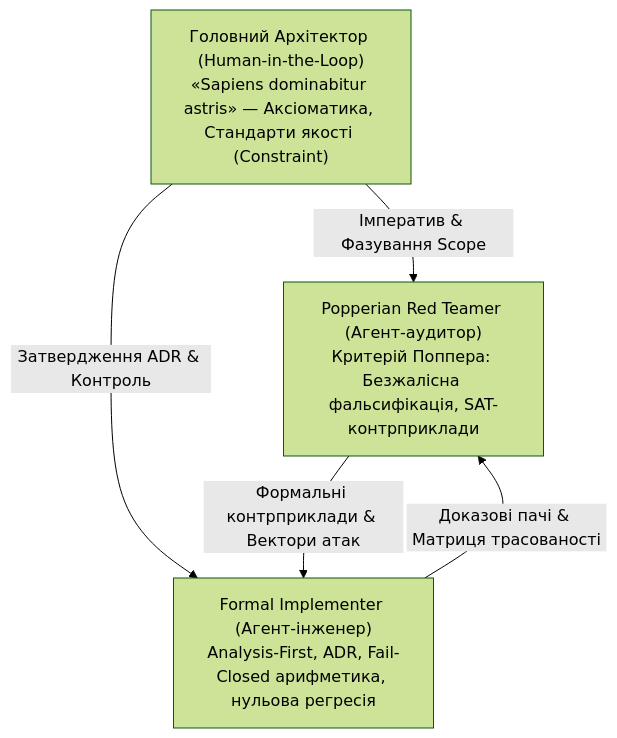
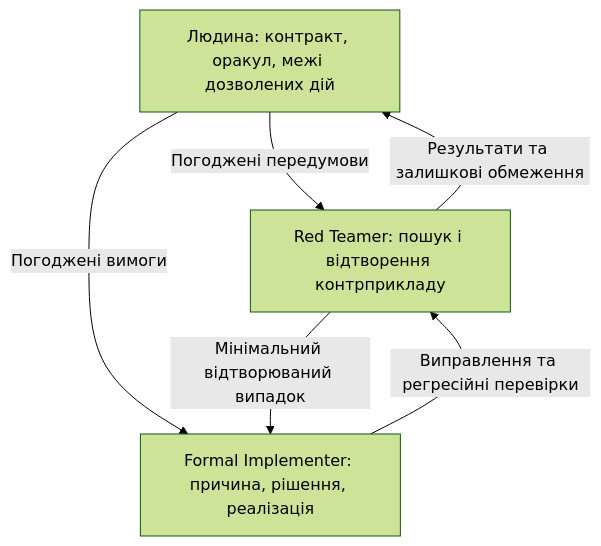
One commit to nick-fedchik/articles changed the seventh of 7 diagrams in ExpertSystem/ch39-active-compliance-auditor-and-popperian-testing.md. Above: the diagram before and after it, drawn with Mermaid (forest theme). The commit also changed other lines of this file and 7 other files, not shown here.

````diff
--- a/ExpertSystem/ch39-active-compliance-auditor-and-popperian-testing.md
+++ b/ExpertSystem/ch39-active-compliance-auditor-and-popperian-testing.md
@@ -605,14 +604,13 @@
 ```mermaid
 flowchart TD
-    accTitle: Попперівська діалектика та змагальне парне програмування
-    accDescr: Тріада розподілу праці між Головним Архітектором-людиною, Popperian Red Teamer та Formal Implementer.
-
-    Human["Головний Архітектор (Human-in-the-Loop)<br/>«Sapiens dominabitur astris» — Аксіоматика, Стандарти якості (Constraint)"]
-    RedTeamer["Popperian Red Teamer (Агент-аудитор)<br/>Критерій Поппера: Безжалісна фальсифікація, SAT-контрприклади"]
-    Implementer["Formal Implementer (Агент-інженер)<br/>Analysis-First, ADR, Fail-Closed арифметика, нульова регресія"]
-
-    Human -->|Імператив & Фазування Scope| RedTeamer
-    Human -->|Затвердження ADR & Контроль| Implementer
-    RedTeamer -->|Формальні контрприклади & Вектори атак| Implementer
-    Implementer -->|Доказові пачі & Матриця трасованості| RedTeamer
+	accTitle: Змагальне парне програмування з перевірними підставами
+	accDescr: Людина погоджує контракт і межі, опонент подає відтворюваний випадок, реалізатор повертає виправлення та перевірки.
+	Human["Людина: контракт, оракул, межі дозволених дій"]
+	RedTeamer["Red Teamer: пошук і відтворення контрприкладу"]
+	Implementer["Formal Implementer: причина, рішення, реалізація"]
+	Human -->|"Погоджені передумови"| RedTeamer
+	Human -->|"Погоджені вимоги"| Implementer
+	RedTeamer -->|"Мінімальний відтворюваний випадок"| Implementer
+	Implementer -->|"Виправлення та регресійні перевірки"| RedTeamer
+	RedTeamer -->|"Результати та залишкові обмеження"| Human
 ```
````
